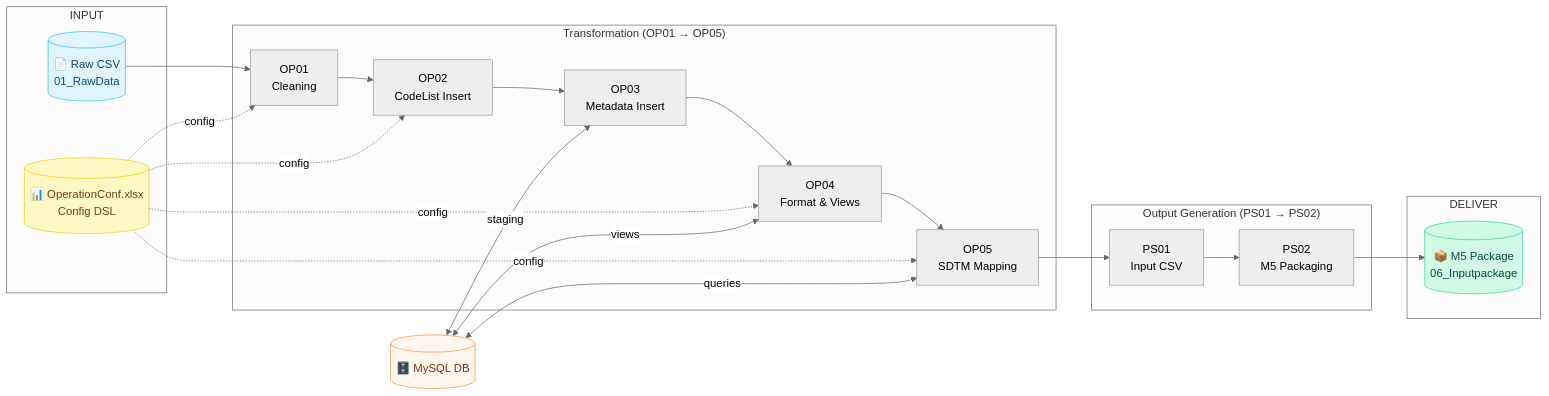
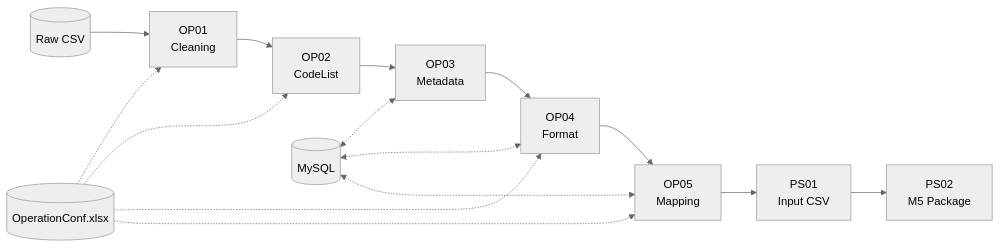
Before and after one commit to hakupao/SDTM-Mapping-System: the diagram in README.md, drawn with Mermaid (neutral theme). The commit also changed other lines of this file and 29 other files, not shown here.

````diff
--- a/README.md
+++ b/README.md
@@ -66,40 +105,6 @@
 ```mermaid
 graph LR
-    subgraph INPUT
-        A[("📄 Raw CSV<br/>01_RawData")]
-        J[("📊 OperationConf.xlsx<br/>Config DSL")]
-    end
-
-    subgraph TRANSFORM["Transformation (OP01 → OP05)"]
-        B["OP01<br/>Cleaning"]
-        C["OP02<br/>CodeList Insert"]
-        D["OP03<br/>Metadata Insert"]
-        E["OP04<br/>Format & Views"]
-        F["OP05<br/>SDTM Mapping"]
-    end
-
-    subgraph OUTPUT["Output Generation (PS01 → PS02)"]
-        G["PS01<br/>Input CSV"]
-        H["PS02<br/>M5 Packaging"]
-    end
-
-    subgraph DELIVER
-        I[("📦 M5 Package<br/>06_Inputpackage")]
-    end
-
-    K[("🗄️ MySQL DB")]
-
-    A --> B --> C --> D --> E --> F --> G --> H --> I
-    J -.->|config| B
-    J -.->|config| C
-    J -.->|config| E
-    J -.->|config| F
-    K <-->|staging| D
-    K <-->|views| E
-    K <-->|queries| F
-
-    style A fill:#e1f5ff,stroke:#38BDF8,color:#0c4a6e
-    style I fill:#d1fae5,stroke:#34D399,color:#064e3b
-    style J fill:#fef9c3,stroke:#FACC15,color:#713f12
-    style K fill:#fff7ed,stroke:#FB923C,color:#7c2d12
+    A[("Raw CSV")] --> B["OP01<br/>Cleaning"] --> C["OP02<br/>CodeList"] --> D["OP03<br/>Metadata"] --> E["OP04<br/>Format"] --> F["OP05<br/>Mapping"] --> G["PS01<br/>Input CSV"] --> H["PS02<br/>M5 Package"]
+    J[("OperationConf.xlsx")] -.-> B & C & E & F
+    K[("MySQL")] <-.-> D & E & F
 ```
````
